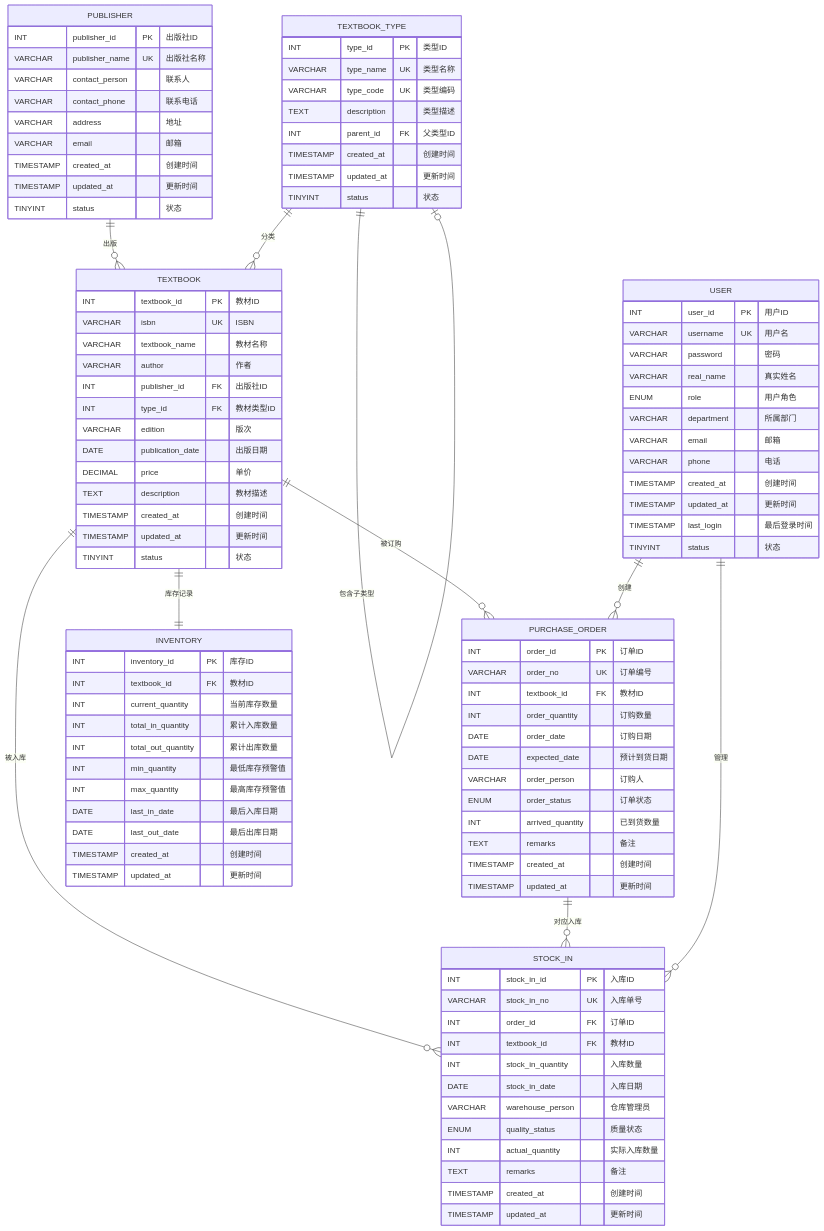
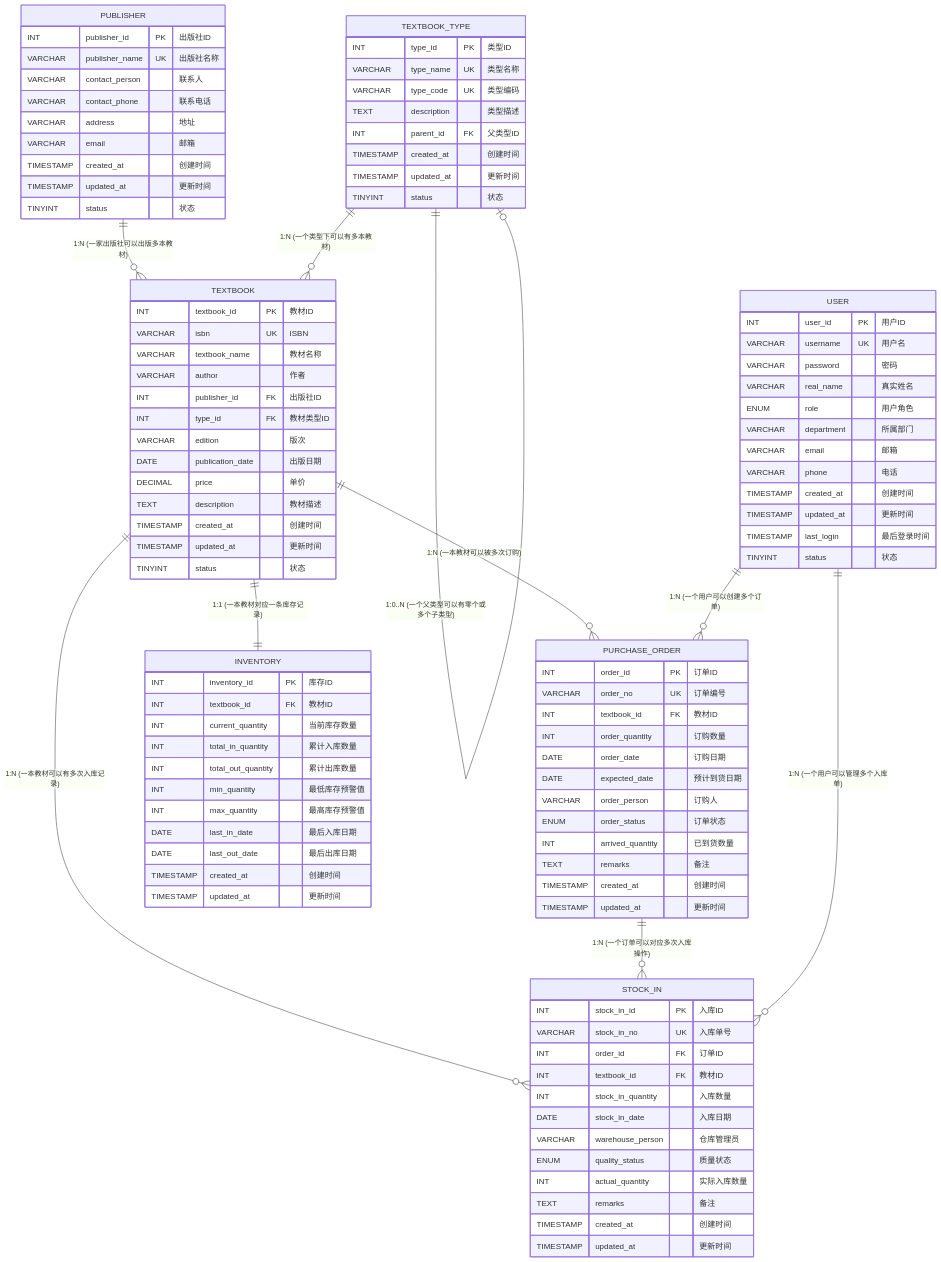
One commit to wink-wink-wink555/learning-note-for-Y3S1 changed the first of 2 diagrams in 数据库原理/ER图与关系模式.md. Above: the diagram before and after it, drawn with Mermaid. The commit also changed other lines of this file, not shown here.

````diff
--- a/数据库原理/ER图与关系模式.md
+++ b/数据库原理/ER图与关系模式.md
@@ -104,14 +104,14 @@
         TINYINT status "状态"
     }
 
-    %% 关系定义
-    PUBLISHER ||--o{ TEXTBOOK : "出版"
-    TEXTBOOK_TYPE ||--o{ TEXTBOOK : "分类"
-    TEXTBOOK_TYPE ||--o| TEXTBOOK_TYPE : "包含子类型"
-    TEXTBOOK ||--o{ PURCHASE_ORDER : "被订购"
-    TEXTBOOK ||--o{ STOCK_IN : "被入库"
-    TEXTBOOK ||--|| INVENTORY : "库存记录"
-    PURCHASE_ORDER ||--o{ STOCK_IN : "对应入库"
-    USER ||--o{ PURCHASE_ORDER : "创建"
-    USER ||--o{ STOCK_IN : "管理"
+    %% 关系定义 - 添加了基数标注
+    PUBLISHER ||--o{ TEXTBOOK : "1:N (一家出版社可以出版多本教材)"
+    TEXTBOOK_TYPE ||--o{ TEXTBOOK : "1:N (一个类型下可以有多本教材)"
+    TEXTBOOK_TYPE ||--o| TEXTBOOK_TYPE : "1:0..N (一个父类型可以有零个或多个子类型)"
+    TEXTBOOK ||--o{ PURCHASE_ORDER : "1:N (一本教材可以被多次订购)"
+    TEXTBOOK ||--o{ STOCK_IN : "1:N (一本教材可以有多次入库记录)"
+    TEXTBOOK ||--|| INVENTORY : "1:1 (一本教材对应一条库存记录)"
+    PURCHASE_ORDER ||--o{ STOCK_IN : "1:N (一个订单可以对应多次入库操作)"
+    USER ||--o{ PURCHASE_ORDER : "1:N (一个用户可以创建多个订单)"
+    USER ||--o{ STOCK_IN : "1:N (一个用户可以管理多个入库单)"
 ```
````
